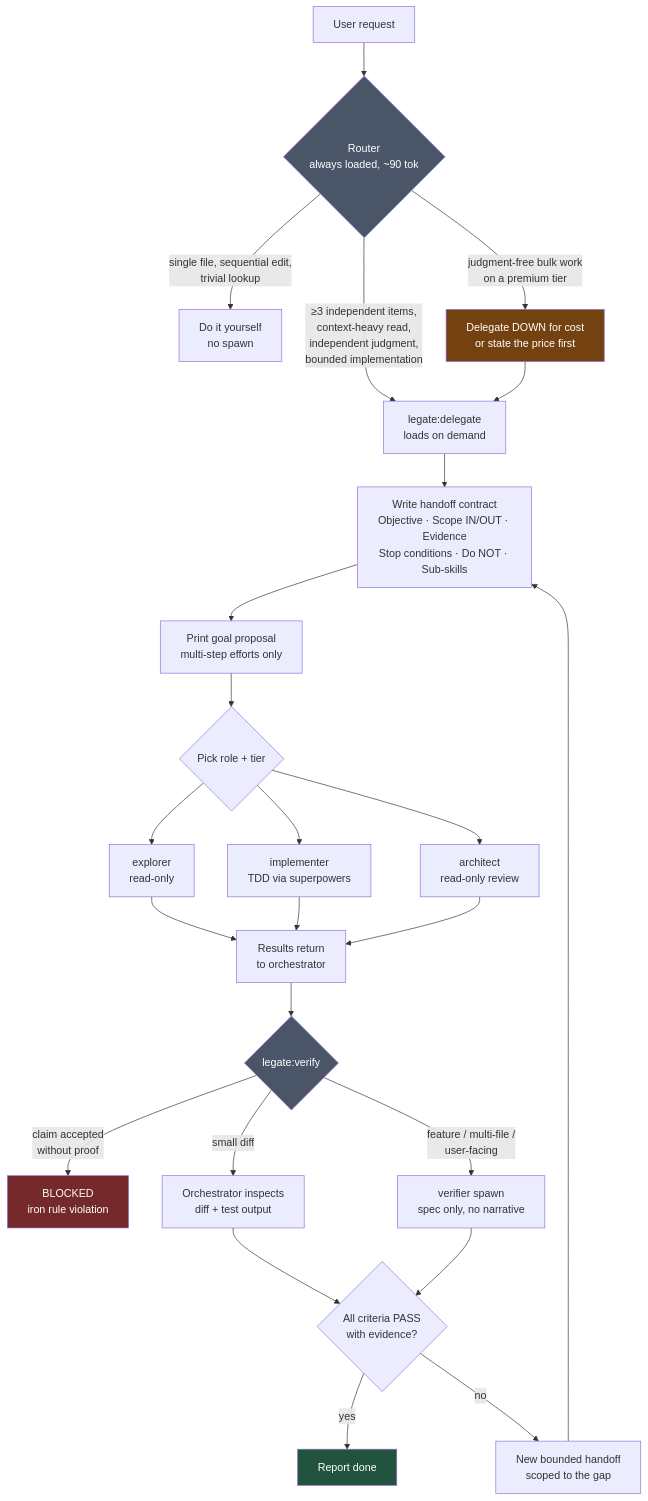
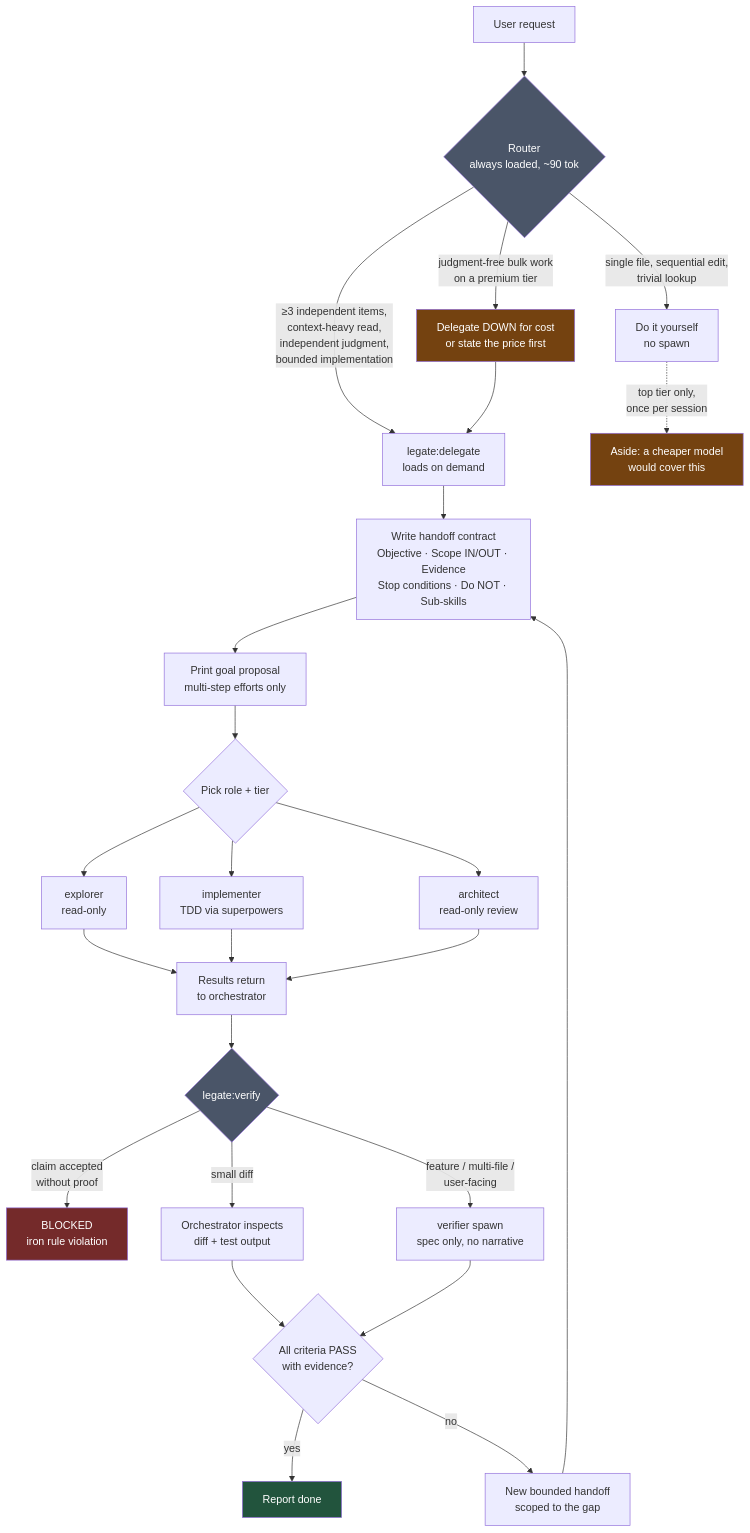
The first of 3 diagrams in README.md (wojciech-arch/legate), drawn with Mermaid before and after one commit. The commit also changed other lines of this file and 5 other files, not shown here.

First line of the commit message:
feat(router): tier-fit rule for small tasks on the top tier

````diff
--- a/README.md
+++ b/README.md
@@ -30,38 +30,40 @@
 ```mermaid
 flowchart TD
     A[User request] --> R{Router<br/>always loaded, ~90 tok}
 
     R -->|"single file, sequential edit,<br/>trivial lookup"| SELF[Do it yourself<br/>no spawn]
     R -->|"≥3 independent items,<br/>context-heavy read,<br/>independent judgment,<br/>bounded implementation"| D[legate:delegate<br/>loads on demand]
     R -->|"judgment-free bulk work<br/>on a premium tier"| COST[Delegate DOWN for cost<br/>or state the price first]
+    SELF -.->|"top tier only,<br/>once per session"| TIP["Aside: a cheaper model<br/>would cover this"]
     COST --> D
 
     D --> C[Write handoff contract<br/>Objective · Scope IN/OUT · Evidence<br/>Stop conditions · Do NOT · Sub-skills]
     C --> G["Print goal proposal<br/>multi-step efforts only"]
     G --> ROLE{Pick role + tier}
 
     ROLE --> EX[explorer<br/>read-only]
     ROLE --> IM[implementer<br/>TDD via superpowers]
     ROLE --> AR[architect<br/>read-only review]
 
     EX --> RES[Results return<br/>to orchestrator]
     IM --> RES
     AR --> RES
 
     RES --> V{legate:verify}
     V -->|"claim accepted<br/>without proof"| STOP[BLOCKED<br/>iron rule violation]
     V -->|"small diff"| INSP[Orchestrator inspects<br/>diff + test output]
     V -->|"feature / multi-file /<br/>user-facing"| VER[verifier spawn<br/>spec only, no narrative]
 
     INSP --> OUT{All criteria PASS<br/>with evidence?}
     VER --> OUT
     OUT -->|yes| DONE[Report done]
     OUT -->|no| NEW[New bounded handoff<br/>scoped to the gap]
     NEW --> C
 
     style R fill:#4a5568,color:#fff
     style V fill:#4a5568,color:#fff
     style COST fill:#744210,color:#fff
+    style TIP fill:#744210,color:#fff
     style STOP fill:#742a2a,color:#fff
     style DONE fill:#22543d,color:#fff
 ```
````
